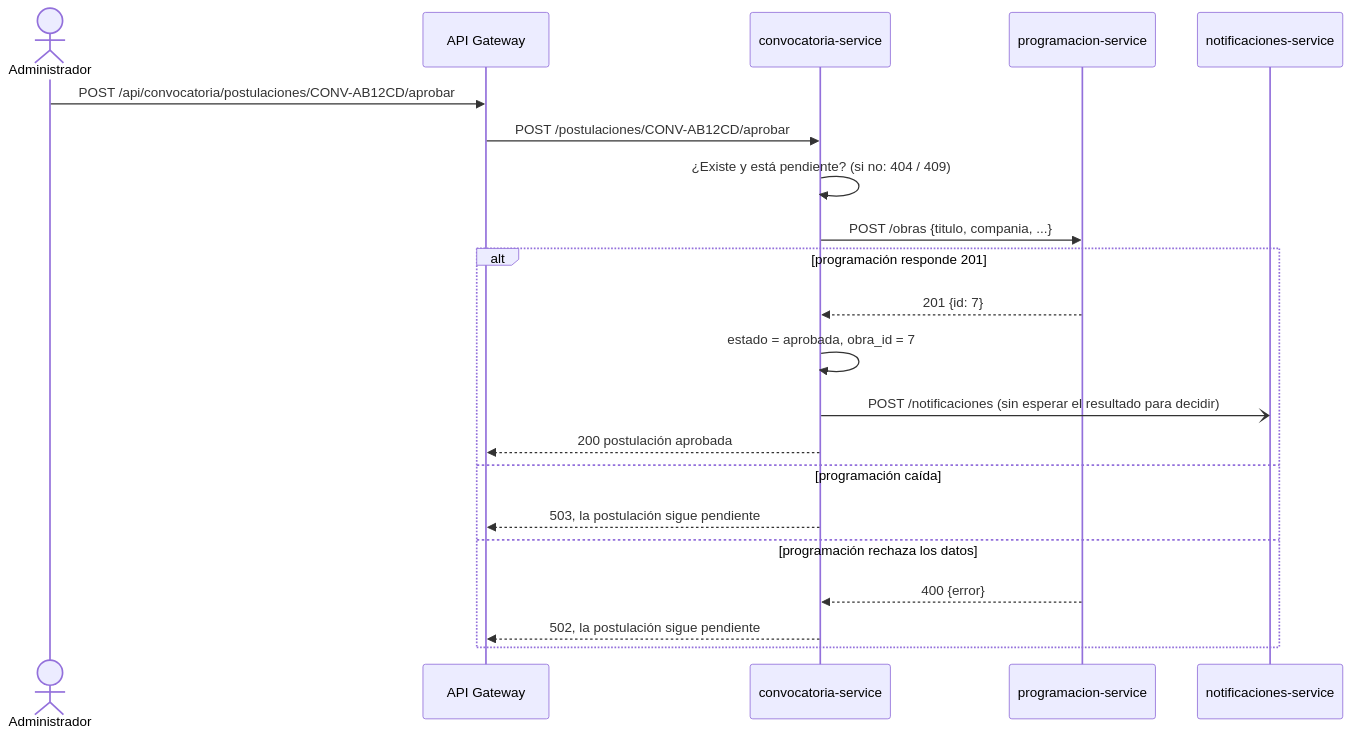
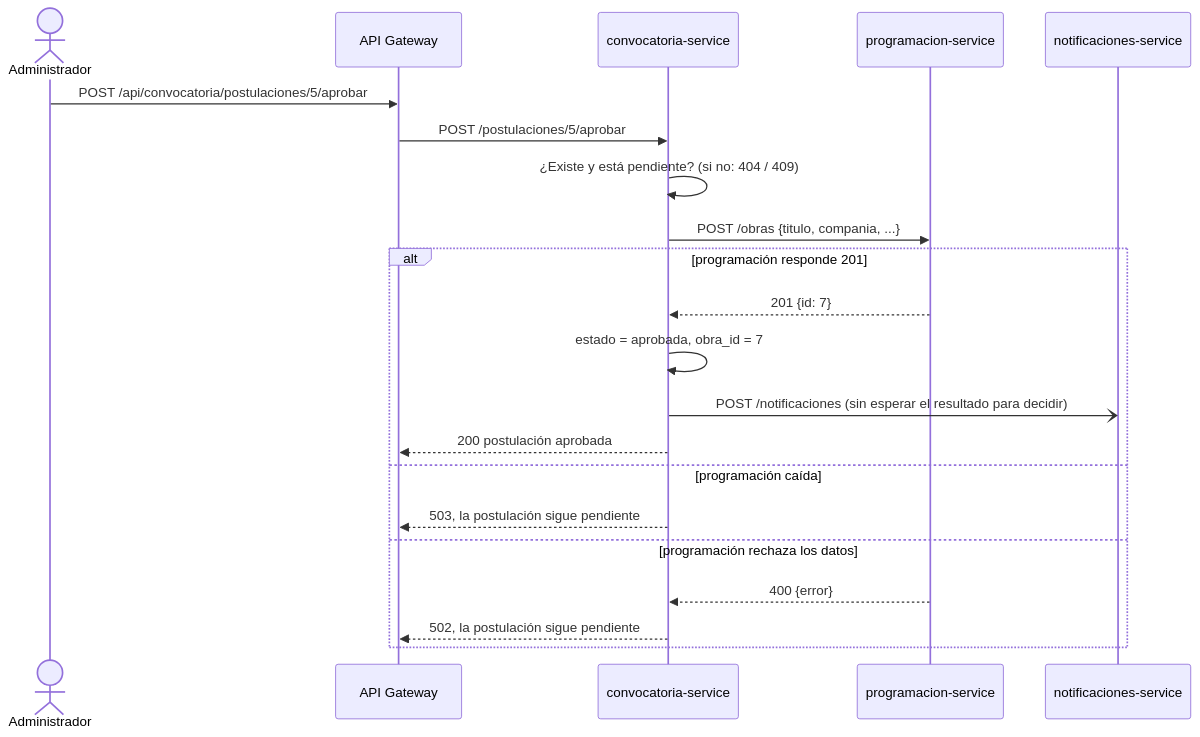
One commit to JorgeBeltran-11/proyecto-FIAVL changed the second of 2 diagrams in specs/spec-2-convocatoria/plan.md. Above: the diagram before and after it, drawn with Mermaid. The commit also changed other lines of this file and 2 other files, not shown here.

Commit message:
docs(spec-2): alinear rutas y aviso con la vista de procesos

````diff
--- a/specs/spec-2-convocatoria/plan.md
+++ b/specs/spec-2-convocatoria/plan.md
@@ -60,24 +60,24 @@
 ```mermaid
 sequenceDiagram
     actor A as Administrador
     participant G as API Gateway
     participant C as convocatoria-service
     participant P as programacion-service
     participant N as notificaciones-service
 
-    A->>G: POST /api/convocatoria/postulaciones/CONV-AB12CD/aprobar
-    G->>C: POST /postulaciones/CONV-AB12CD/aprobar
+    A->>G: POST /api/convocatoria/postulaciones/5/aprobar
+    G->>C: POST /postulaciones/5/aprobar
     C->>C: ¿Existe y está pendiente? (si no: 404 / 409)
     C->>P: POST /obras {titulo, compania, ...}
     alt programación responde 201
         P-->>C: 201 {id: 7}
         C->>C: estado = aprobada, obra_id = 7
         C-)N: POST /notificaciones (sin esperar el resultado para decidir)
         C-->>G: 200 postulación aprobada
     else programación caída
         C-->>G: 503, la postulación sigue pendiente
     else programación rechaza los datos
         P-->>C: 400 {error}
         C-->>G: 502, la postulación sigue pendiente
     end
 ```
````
